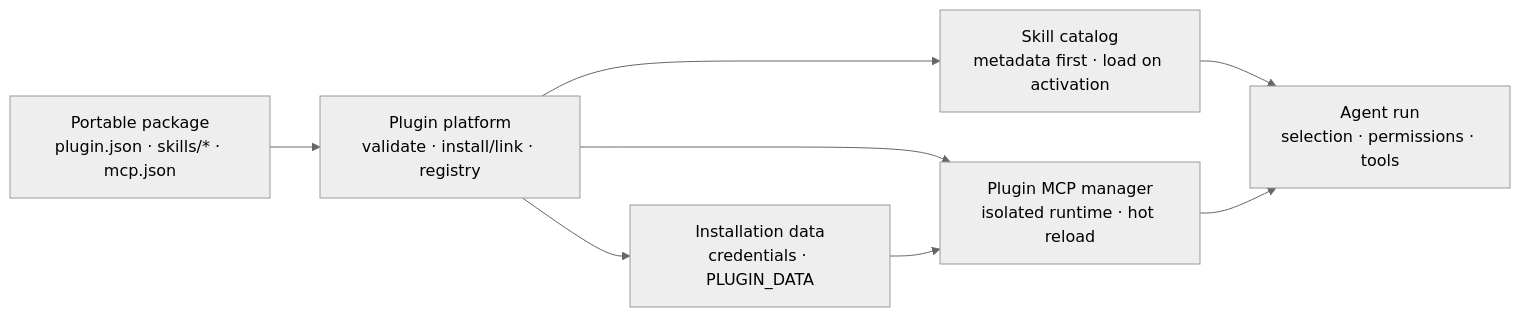
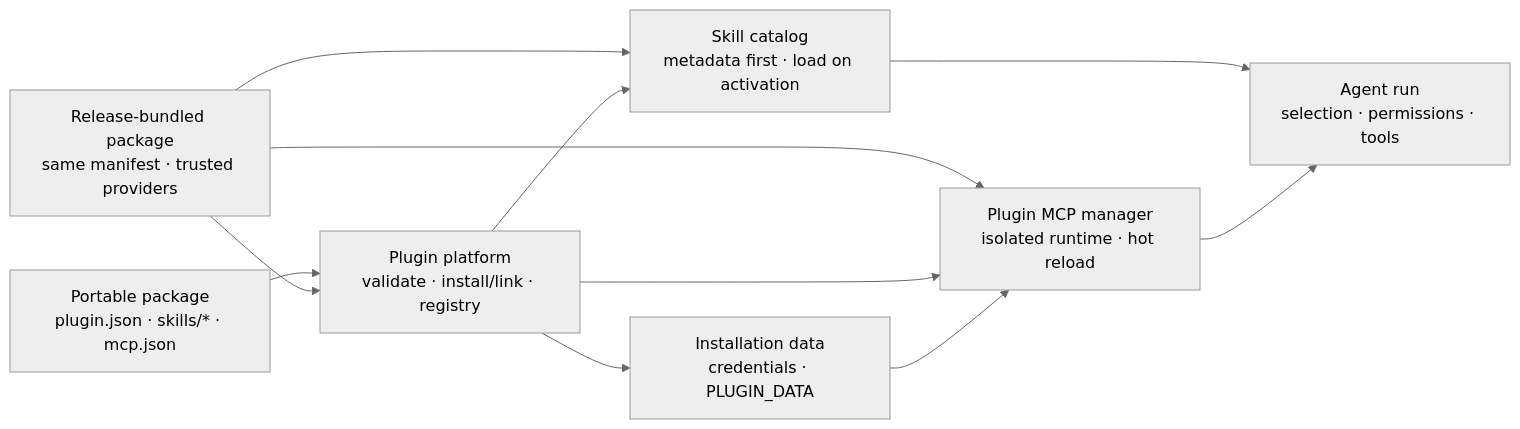
One commit to evoelsewhere/evoflux changed the diagram in documents/architecture/agent-plugins.md. Above: the diagram before and after it, drawn with Mermaid (neutral theme). The commit also changed other lines of this file and 166 other files, not shown here.

````diff
--- a/documents/architecture/agent-plugins.md
+++ b/documents/architecture/agent-plugins.md
@@ -11,17 +11,21 @@
 ```mermaid
 flowchart LR
     Package["Portable package<br/>plugin.json · skills/* · mcp.json"]
+    Bundled["Release-bundled package<br/>same manifest · trusted providers"]
     Center["Plugin platform<br/>validate · install/link · registry"]
     Catalog["Skill catalog<br/>metadata first · load on activation"]
     Runtime["Plugin MCP manager<br/>isolated runtime · hot reload"]
     Data["Installation data<br/>credentials · PLUGIN_DATA"]
     Agent["Agent run<br/>selection · permissions · tools"]
 
     Package --> Center
+    Bundled --> Center
+    Bundled --> Catalog
+    Bundled --> Runtime
     Center --> Catalog
     Center --> Runtime
     Center --> Data
     Data --> Runtime
     Catalog --> Agent
     Runtime --> Agent
 ```
````
